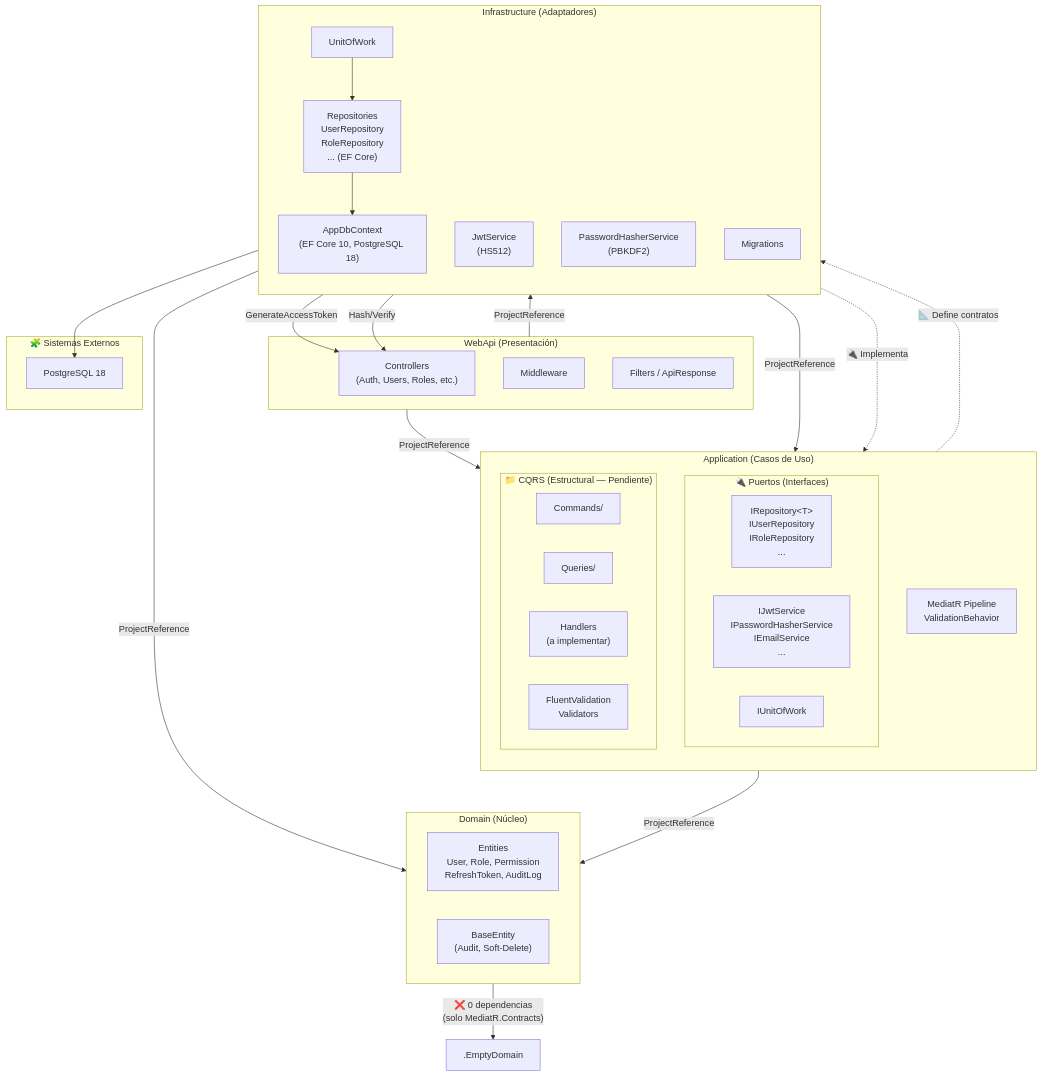
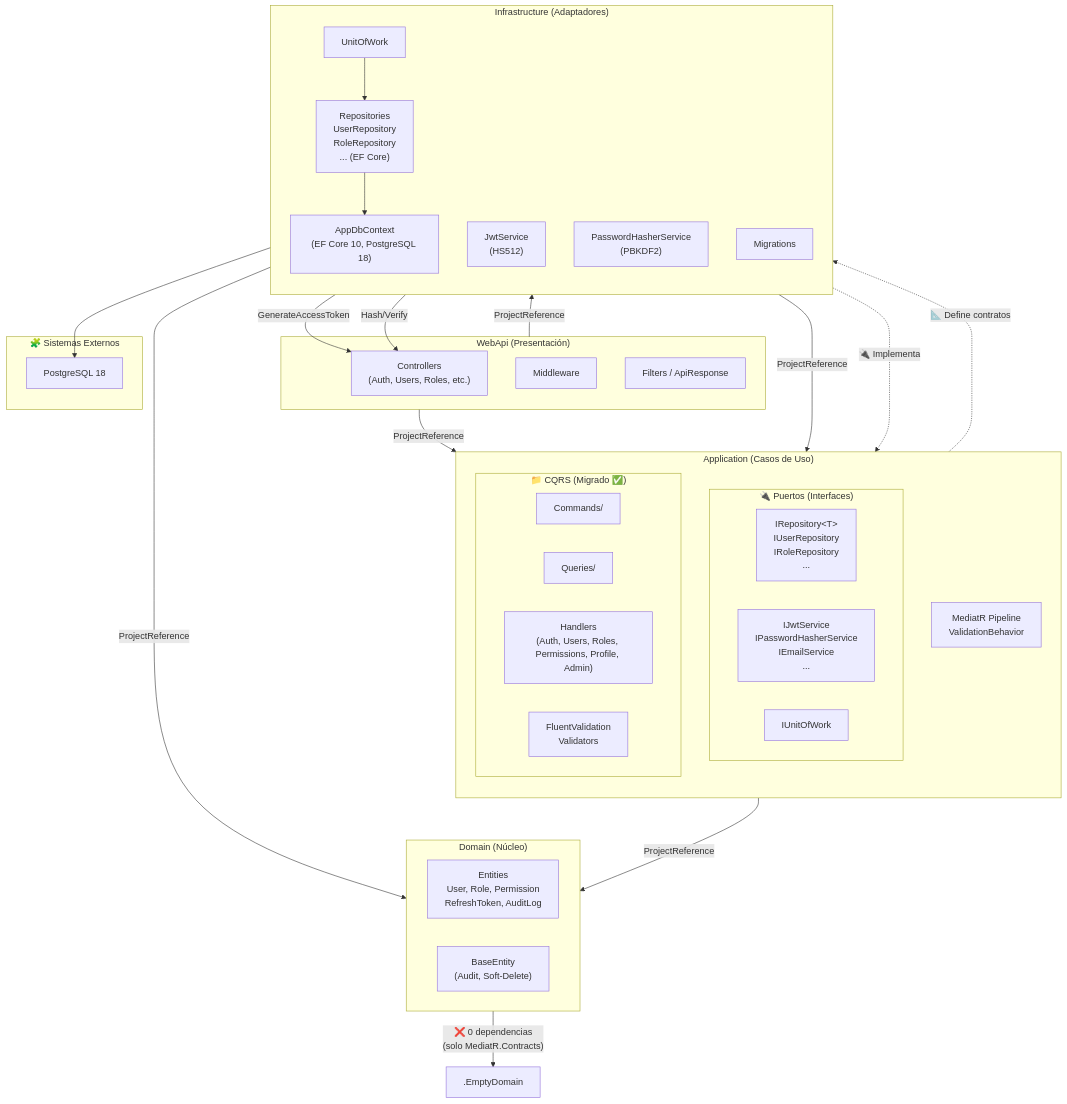
Before and after one commit to edgardo001/app-base-net-react: the first of 2 diagrams in AGENTS.md, drawn with Mermaid. The commit also changed other lines of this file and 4 other files, not shown here.

````diff
--- a/AGENTS.md
+++ b/AGENTS.md
@@ -58,64 +58,64 @@
 ```mermaid
 graph TD
     subgraph WebApi["WebApi (Presentación)"]
         Controllers["Controllers<br/>(Auth, Users, Roles, etc.)"]
         Middleware["Middleware"]
         Filters["Filters / ApiResponse"]
     end
 
     subgraph Application["Application (Casos de Uso)"]
         direction TB
         subgraph Ports["🔌 Puertos (Interfaces)"]
             IRepo["IRepository&lt;T&gt;<br/>IUserRepository<br/>IRoleRepository<br/>..."]
             ISvc["IJwtService<br/>IPasswordHasherService<br/>IEmailService<br/>..."]
             IUoW["IUnitOfWork"]
         end
-        subgraph CQRS["📁 CQRS (Estructural — Pendiente)"]
+        subgraph CQRS["📁 CQRS (Migrado ✅)"]
             Cmds["Commands/"]
             Qrys["Queries/"]
-            Handlers["Handlers<br/>(a implementar)"]
+            Handlers["Handlers<br/>(Auth, Users, Roles, Permissions, Profile, Admin)"]
             Validators["FluentValidation<br/>Validators"]
         end
         Behaviors["MediatR Pipeline<br/>ValidationBehavior"]
     end
 
     subgraph Domain["Domain (Núcleo)"]
         Entities["Entities<br/>User, Role, Permission<br/>RefreshToken, AuditLog"]
         Base["BaseEntity<br/>(Audit, Soft-Delete)"]
     end
 
     subgraph Infrastructure["Infrastructure (Adaptadores)"]
         direction TB
         Repos["Repositories<br/>UserRepository<br/>RoleRepository<br/>... (EF Core)"]
         UnitOfWork["UnitOfWork"]
         Jwt["JwtService<br/>(HS512)"]
         Hasher["PasswordHasherService<br/>(PBKDF2)"]
         DbCtx["AppDbContext<br/>(EF Core 10, PostgreSQL 18)"]
         Migrations["Migrations"]
     end
 
     subgraph External["🧩 Sistemas Externos"]
         PG["PostgreSQL 18"]
     end
 
     %% Project reference dependencies (build-time)
     WebApi -->|"ProjectReference"| Application
     WebApi -->|"ProjectReference"| Infrastructure
     Infrastructure -->|"ProjectReference"| Application
     Infrastructure -->|"ProjectReference"| Domain
     Application -->|"ProjectReference"| Domain
 
     %% Domain: zero external dependencies
     Domain -->|"❌ 0 dependencias<br/>(solo MediatR.Contracts)"| .EmptyDomain
 
     %% Port/Adapter bindings (DI registrations)
     Infrastructure -.->|"🔌 Implementa"| Ports
     Ports -.->|"📐 Define contratos"| Infrastructure
 
     %% Data flow
     DbCtx --> PG
     Repos --> DbCtx
     UnitOfWork --> Repos
     Jwt -->|"GenerateAccessToken"| Controllers
     Hasher -->|"Hash/Verify"| Controllers
 ```
````
